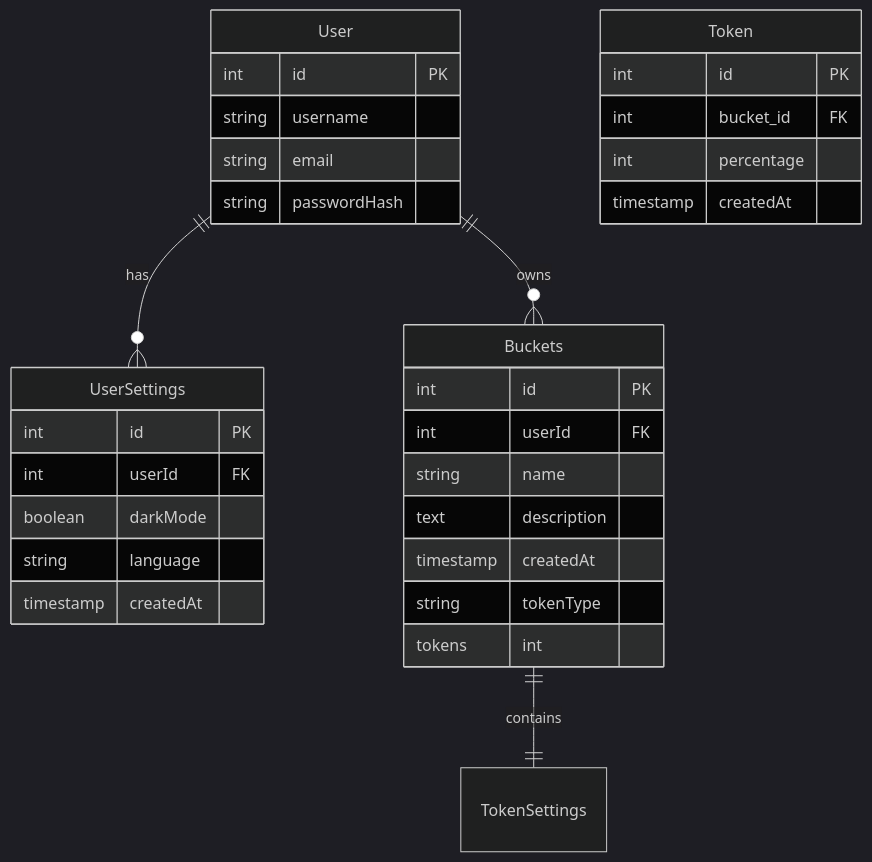
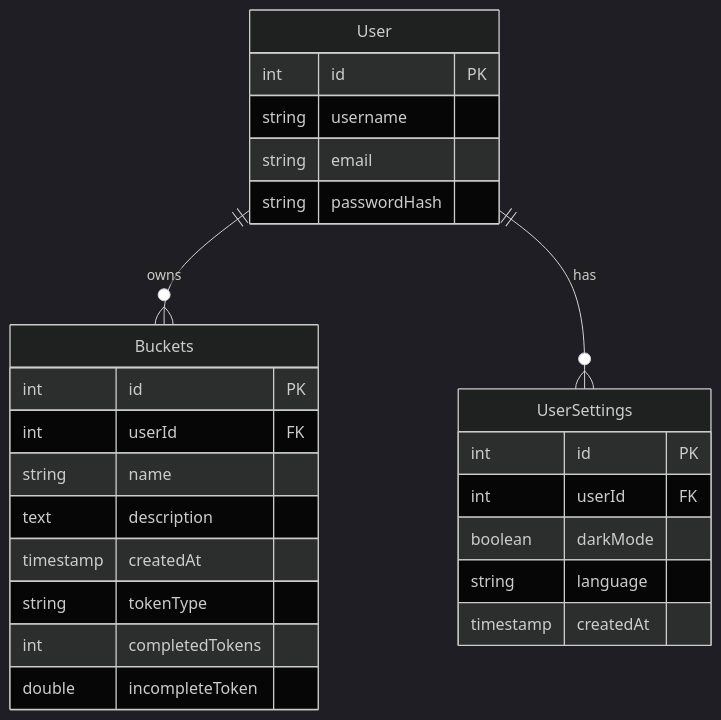
The ninth of 9 diagrams in README.md (Brandontzhang/daily-tokens), drawn with Mermaid (dark theme) before and after one commit. The commit also changed 1 other file, not shown here.

Commit message:
Update to database diagram for tracking token counts

````diff
--- a/README.md
+++ b/README.md
@@ -217,38 +217,31 @@
 ```mermaid
 erDiagram
     User {
         int id PK
         string username
         string email
         string passwordHash
     }
     
     UserSettings {
         int id PK
         int userId FK
         boolean darkMode
         string language
         timestamp createdAt
     }
     
     Buckets {
         int id PK
         int userId FK
         string name
         text description
         timestamp createdAt
         string tokenType
-        tokens int
+        int completedTokens
+        double incompleteToken
     }
     
-    Token {
-        int id PK
-        int bucket_id FK
-        int percentage
-        timestamp createdAt
-    }
-
     User ||--o{ Buckets : owns
     User ||--o{ UserSettings : has
-    Buckets ||--|| TokenSettings : contains
 ```
````
